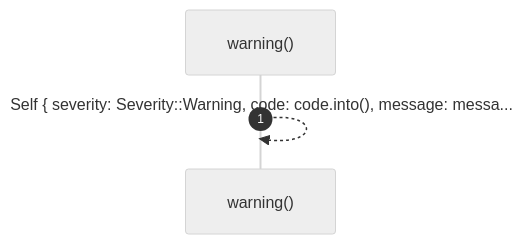
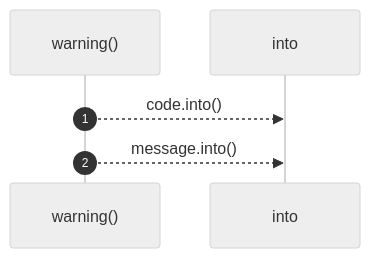
One commit to RyanGuild/self-describing-code changed the second of 3 diagrams in docs/self-model/robby_ir/model/impl-diagnostic.md. Above: the diagram before and after it, drawn with Mermaid (neutral theme). The commit also changed other lines of this file and 1404 other files, not shown here.

````diff
--- a/docs/self-model/robby_ir/model/impl-diagnostic.md
+++ b/docs/self-model/robby_ir/model/impl-diagnostic.md
@@ -87,6 +93,8 @@
 ```mermaid
 sequenceDiagram
     autonumber
     participant warning as warning()
-    warning-->>warning: Self { severity: Severity::Warning, code: code.into(), message: messa...
+    participant into as into
+    warning-->>into: code.into()
+    warning-->>into: message.into()
 ```
````
